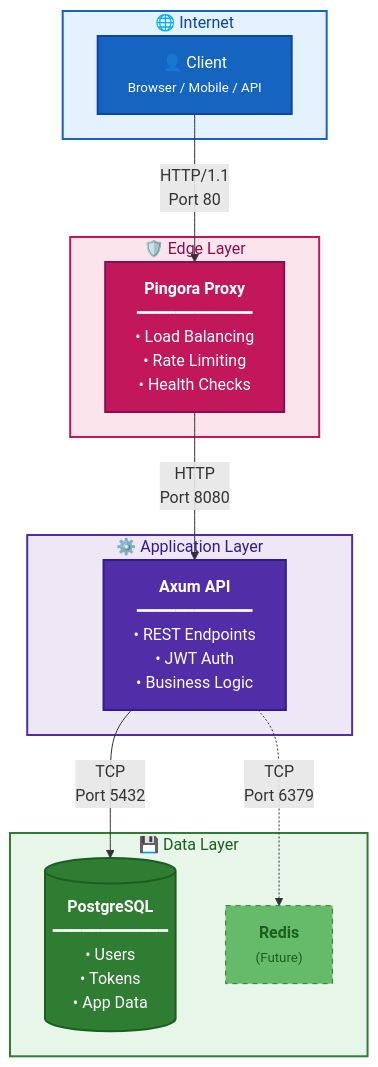
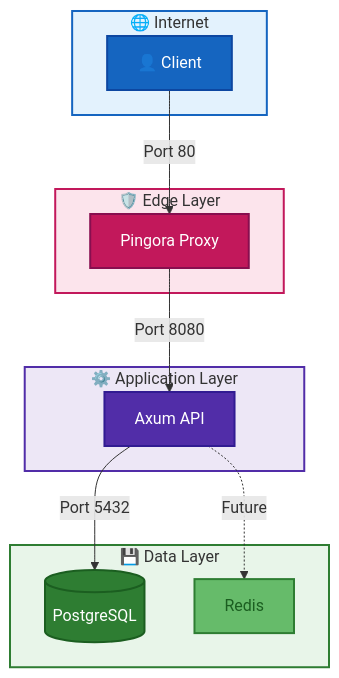
The diagram in README.md (arrkpong/axum-api), drawn with Mermaid before and after one commit.

Commit message:
Simplify and update architecture diagram in README
Streamlined the Mermaid architecture diagram by removing detailed node descriptions and simplifying port/protocol labels. Adjusted styling for clarity and consistency, and removed some accessibility comments for brevity.

````diff
--- a/README.md
+++ b/README.md
@@ -38,38 +38,36 @@
 ```mermaid
 flowchart TB
     subgraph Internet["🌐 Internet"]
-        Client["👤 Client<br/><small>Browser / Mobile / API</small>"]
+        Client["👤 Client"]
     end
 
     subgraph Edge["🛡️ Edge Layer"]
-        Proxy["<b>Pingora Proxy</b><br/>━━━━━━━━━━━━<br/>• Load Balancing<br/>• Rate Limiting<br/>• Health Checks"]
+        Proxy["Pingora Proxy"]
     end
 
     subgraph Application["⚙️ Application Layer"]
-        API["<b>Axum API</b><br/>━━━━━━━━━━━━<br/>• REST Endpoints<br/>• JWT Auth<br/>• Business Logic"]
+        API["Axum API"]
     end
 
     subgraph Data["💾 Data Layer"]
-        DB[("<b>PostgreSQL</b><br/>━━━━━━━━━━━━<br/>• Users<br/>• Tokens<br/>• App Data")]
-        Cache["<b>Redis</b><br/><small>(Future)</small>"]
+        DB[("PostgreSQL")]
+        Cache["Redis"]
     end
 
-    Client -->|"HTTP/1.1<br/>Port 80"| Proxy
-    Proxy -->|"HTTP<br/>Port 8080"| API
-    API -->|"TCP<br/>Port 5432"| DB
-    API -.->|"TCP<br/>Port 6379"| Cache
+    Client -->|"Port 80"| Proxy
+    Proxy -->|"Port 8080"| API
+    API -->|"Port 5432"| DB
+    API -.->|"Future"| Cache
 
-    %% High Contrast Styling (WCAG AA Compliant)
-    %% Layer backgrounds - light with dark borders
-    style Internet fill:#E3F2FD,stroke:#1565C0,stroke-width:2px,color:#0D47A1
-    style Edge fill:#FCE4EC,stroke:#C2185B,stroke-width:2px,color:#880E4F
-    style Application fill:#EDE7F6,stroke:#512DA8,stroke-width:2px,color:#311B92
-    style Data fill:#E8F5E9,stroke:#2E7D32,stroke-width:2px,color:#1B5E20
+    %% High Contrast Styling
+    style Internet fill:#E3F2FD,stroke:#1565C0,stroke-width:2px
+    style Edge fill:#FCE4EC,stroke:#C2185B,stroke-width:2px
+    style Application fill:#EDE7F6,stroke:#512DA8,stroke-width:2px
+    style Data fill:#E8F5E9,stroke:#2E7D32,stroke-width:2px
 
-    %% Node styling - Dark backgrounds with white text for maximum contrast
-    style Client fill:#1565C0,stroke:#0D47A1,stroke-width:2px,color:#FFFFFF
-    style Proxy fill:#C2185B,stroke:#880E4F,stroke-width:2px,color:#FFFFFF
-    style API fill:#512DA8,stroke:#311B92,stroke-width:2px,color:#FFFFFF
-    style DB fill:#2E7D32,stroke:#1B5E20,stroke-width:2px,color:#FFFFFF
-    style Cache fill:#66BB6A,stroke:#2E7D32,stroke-width:1px,stroke-dasharray:5 5,color:#1B5E20
+    style Client fill:#1565C0,stroke:#0D47A1,stroke-width:2px,color:#FFF
+    style Proxy fill:#C2185B,stroke:#880E4F,stroke-width:2px,color:#FFF
+    style API fill:#512DA8,stroke:#311B92,stroke-width:2px,color:#FFF
+    style DB fill:#2E7D32,stroke:#1B5E20,stroke-width:2px,color:#FFF
+    style Cache fill:#66BB6A,stroke:#2E7D32,stroke-width:2px,color:#1B5E20
 ```
````
